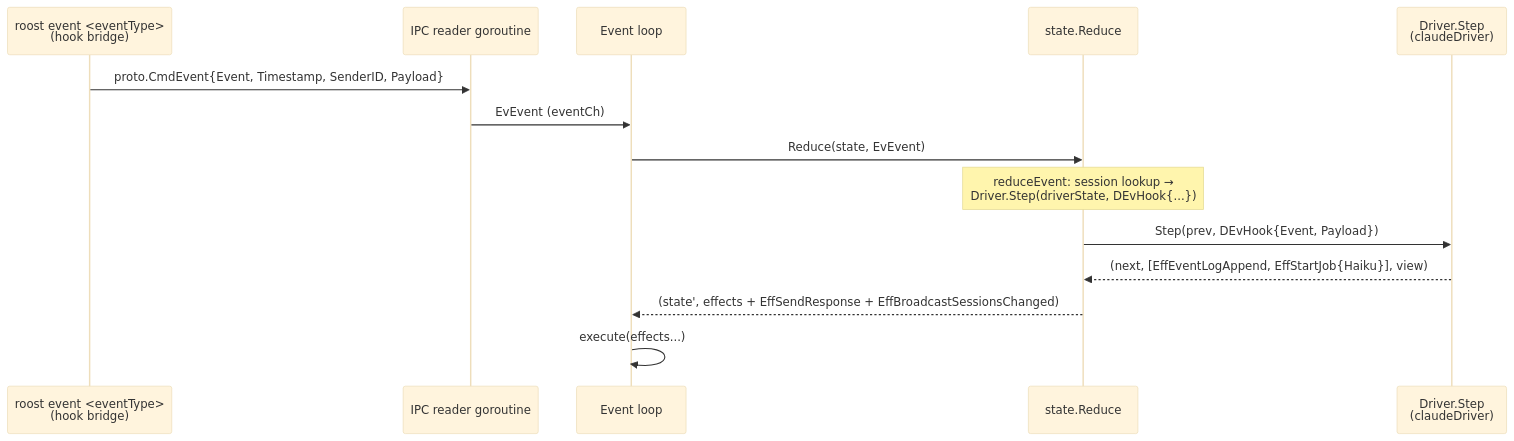
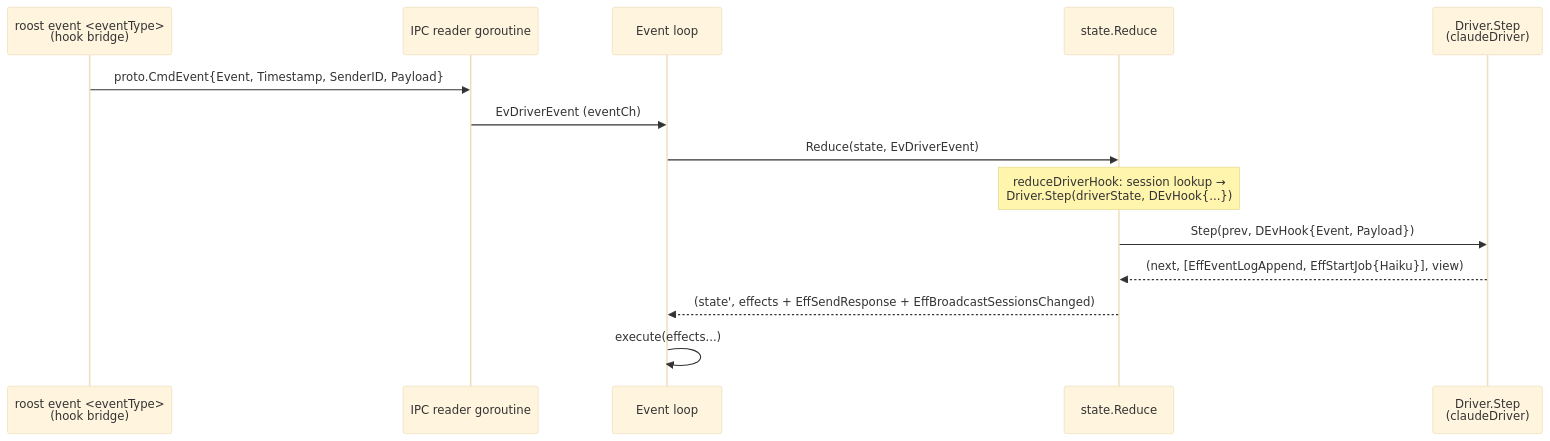
Before and after one commit to takezoh/agent-roost: the sixth of 6 diagrams in docs/ipc.md, drawn with Mermaid (base theme). The commit also changed other lines of this file and 3 other files, not shown here.

````diff
--- a/docs/ipc.md
+++ b/docs/ipc.md
@@ -226,17 +237,17 @@
 ```mermaid
 sequenceDiagram
     participant Bridge as roost event <eventType><br/>(hook bridge)
     participant Reader as IPC reader goroutine
     participant EL as Event loop
     participant Red as state.Reduce
     participant Drv as Driver.Step<br/>(claudeDriver)
 
     Bridge->>Reader: proto.CmdEvent{Event, Timestamp, SenderID, Payload}
-    Reader->>EL: EvEvent (eventCh)
-    EL->>Red: Reduce(state, EvEvent)
-    Note over Red: reduceEvent: session lookup →<br/>Driver.Step(driverState, DEvHook{...})
+    Reader->>EL: EvDriverEvent (eventCh)
+    EL->>Red: Reduce(state, EvDriverEvent)
+    Note over Red: reduceDriverHook: session lookup →<br/>Driver.Step(driverState, DEvHook{...})
     Red->>Drv: Step(prev, DEvHook{Event, Payload})
     Drv-->>Red: (next, [EffEventLogAppend, EffStartJob{Haiku}], view)
     Red-->>EL: (state', effects + EffSendResponse + EffBroadcastSessionsChanged)
     EL->>EL: execute(effects...)
 ```
````
